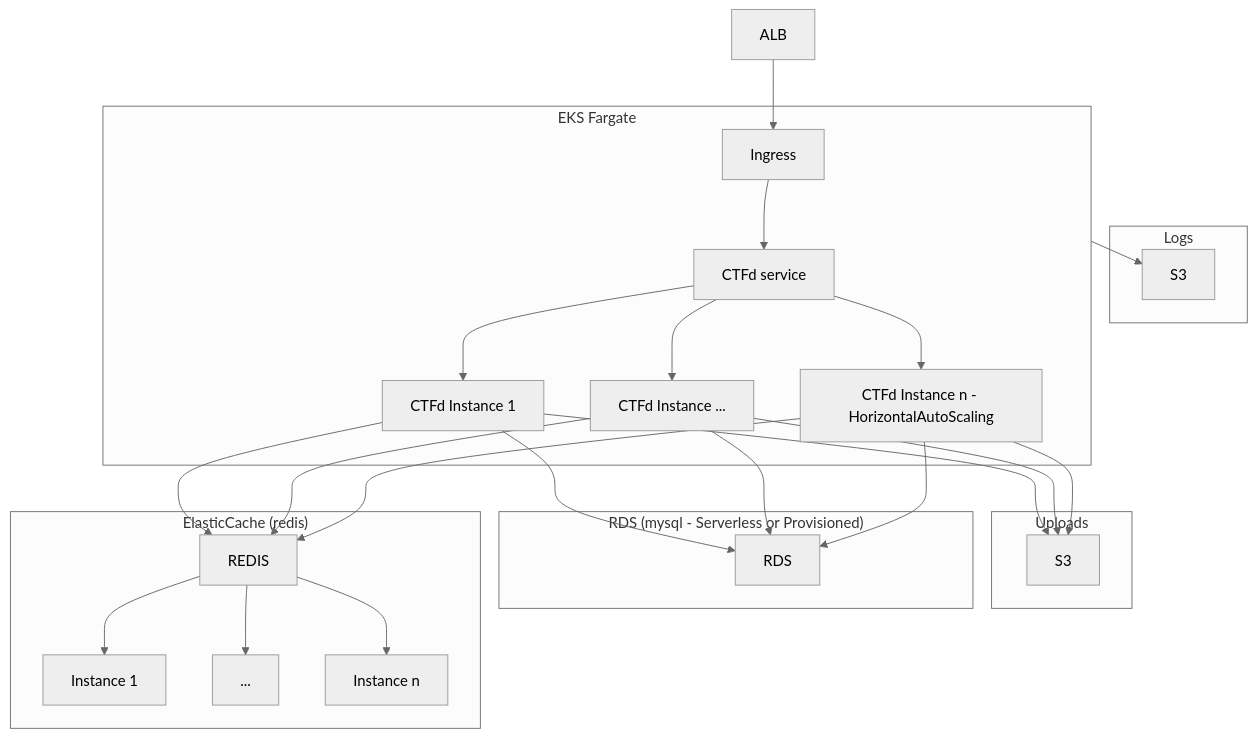
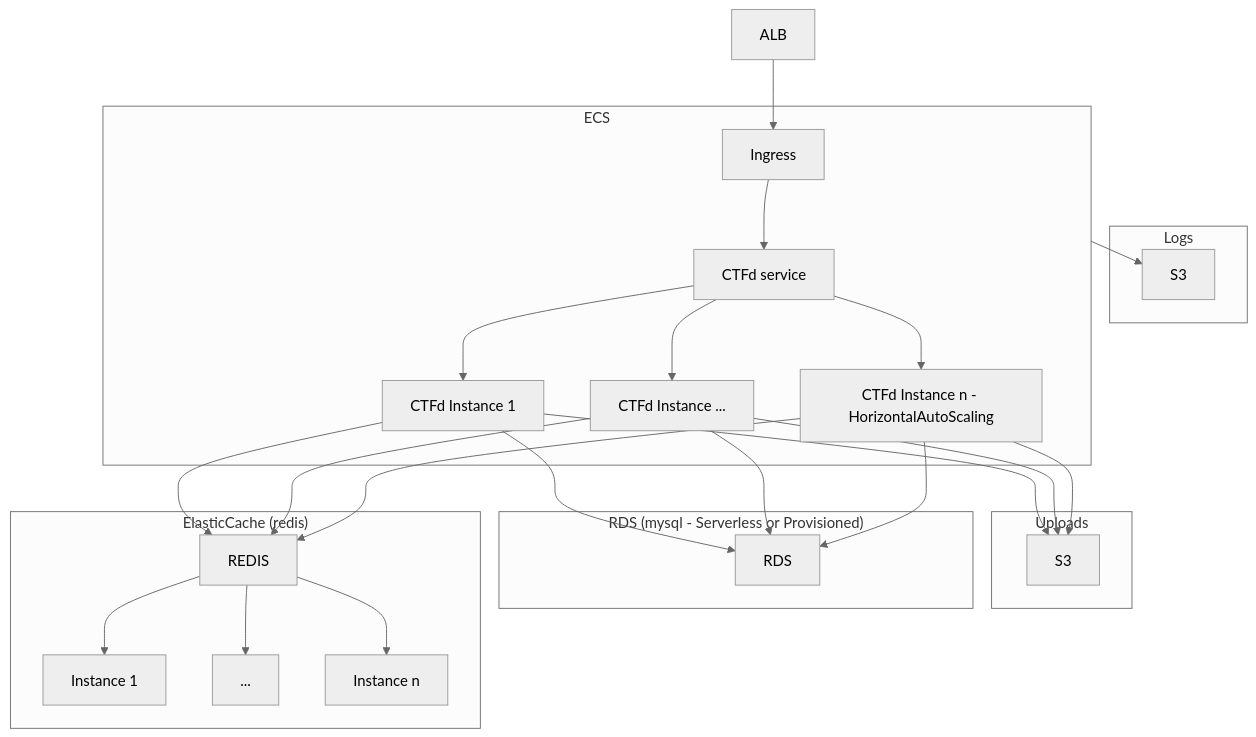
The diagram in README.md (1nval1dctf/terraform-aws-ctfd), drawn with Mermaid (neutral theme) before and after one commit. The commit also changed other lines of this file and 13 other files, not shown here.

````diff
--- a/README.md
+++ b/README.md
@@ -13,40 +13,40 @@
 ```mermaid
 flowchart TB
 
   subgraph "Uploads"
     S3Uploads[S3]
   end
 
   subgraph "Logs"
     S3Logs[S3]
   end
 
   subgraph "RDS (mysql -  Serverless or Provisioned)"
     RDS[RDS autoscale]
   end
 
   subgraph "ElasticCache (redis)"
     REDIS[REDIS] --> ElasticCache1[Instance 1]
     REDIS[REDIS] --> ElasticCache[...]
     REDIS[REDIS] --> ElasticCacheN[Instance n]
   end
 
   LB[ALB] --> Ingress
 
-  subgraph EKS_Fargate[EKS Fargate]
+  subgraph ECS[ECS]
     Ingress --> Service[CTFd service]
     Service --> Instance1[CTFd Instance 1]
     Service --> Instance[CTFd Instance ...]
     Service --> InstanceN[CTFd Instance n - HorizontalAutoScaling]
     Instance1 --> RDS[RDS]
     Instance --> RDS
     InstanceN --> RDS
     Instance1 --> REDIS[REDIS]
     Instance --> REDIS
     InstanceN --> REDIS
     Instance1 --> S3Uploads
     Instance --> S3Uploads
     InstanceN --> S3Uploads
     end
-  EKS_Fargate --> S3Logs
+  ECS --> S3Logs
 ```
````
